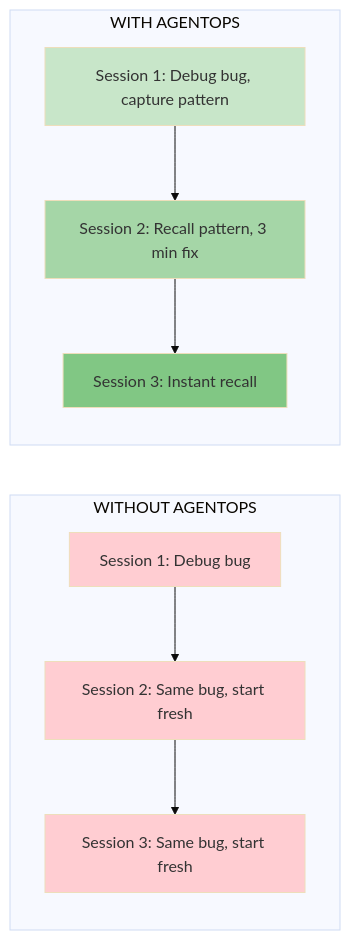
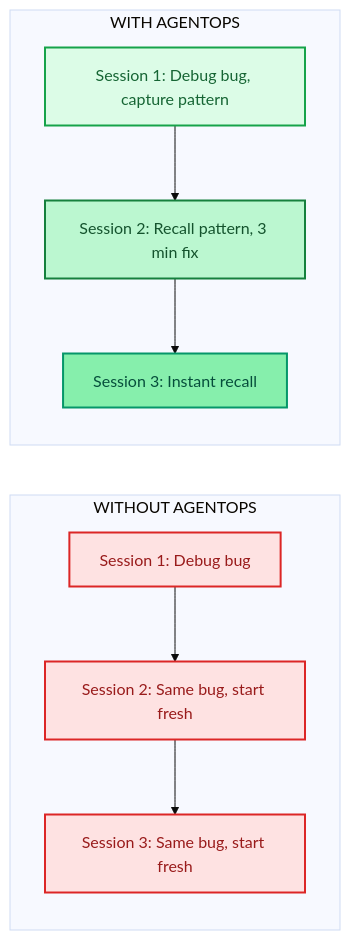
Before and after one commit to rev044/agentops: the third of 3 diagrams in README.md, drawn with Mermaid (base theme). The commit also changed other lines of this file, not shown here.

````diff
--- a/README.md
+++ b/README.md
@@ -163,19 +188,23 @@
 ```mermaid
 flowchart LR
+    %% Semantic colors: red for decay, green gradient for compounding
+    classDef decay fill:#fee2e2,stroke:#dc2626,stroke-width:2px,color:#991b1b
+    classDef compound1 fill:#dcfce7,stroke:#16a34a,stroke-width:2px,color:#166534
+    classDef compound2 fill:#bbf7d0,stroke:#15803d,stroke-width:2px,color:#14532d
+    classDef compound3 fill:#86efac,stroke:#059669,stroke-width:2px,color:#064e3b
+
     subgraph DECAY["WITHOUT AGENTOPS"]
         D1[Session 1: Debug bug] --> D2[Session 2: Same bug, start fresh]
         D2 --> D3[Session 3: Same bug, start fresh]
     end
 
     subgraph COMPOUND["WITH AGENTOPS"]
         C1[Session 1: Debug bug, capture pattern] --> C2[Session 2: Recall pattern, 3 min fix]
         C2 --> C3[Session 3: Instant recall]
     end
 
-    style D1 fill:#ffcdd2
-    style D2 fill:#ffcdd2
-    style D3 fill:#ffcdd2
-    style C1 fill:#c8e6c9
-    style C2 fill:#a5d6a7
-    style C3 fill:#81c784
+    class D1,D2,D3 decay
+    class C1 compound1
+    class C2 compound2
+    class C3 compound3
 ```
````
